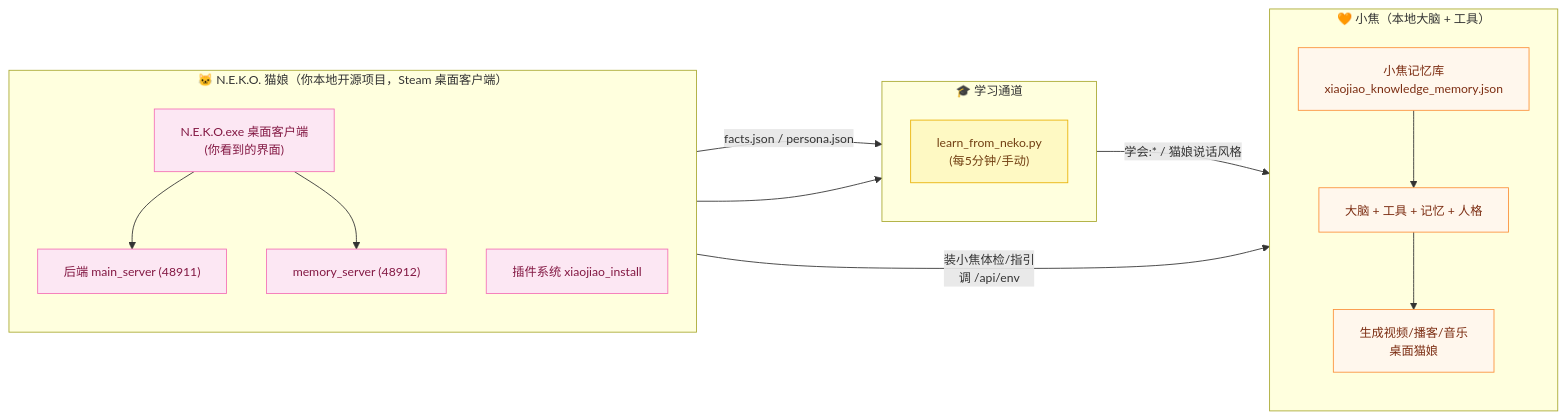
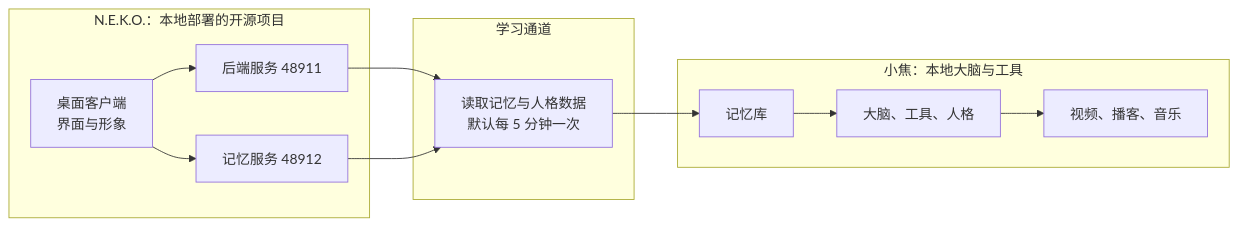
The sixth of 7 diagrams in README.md (jiangchuangege/xiaojiao-harnees), drawn with Mermaid before and after one commit. The commit also changed other lines of this file and 8 other files, not shown here.

````diff
--- a/README.md
+++ b/README.md
@@ -1039,38 +565,21 @@
 ```mermaid
-%%{init: {"themeVariables": {"fontSize": "14px"}, "flowchart": {"htmlLabels": true, "wrappingWidth": 320, "nodeSpacing": 46, "rankSpacing": 64, "useMaxWidth": true}}}%%
 flowchart LR
-    subgraph NEKO["🐱 N.E.K.O. 猫娘（你本地开源项目，Steam 桌面客户端）"]
-        direction TB
-        APP["N.E.K.O.exe 桌面客户端<br/>(你看到的界面)"]
-        MS["后端 main_server (48911)"]
-        MEM["memory_server (48912)"]
-        PLUG["插件系统 xiaojiao_install"]
-        APP --> MS & MEM
+    subgraph NEKO["N.E.K.O.：本地部署的开源项目"]
+        APP["桌面客户端<br/>界面与形象"]
+        MS["后端服务 48911"]
+        MEM["记忆服务 48912"]
+        APP --> MS
+        APP --> MEM
     end
-
-    subgraph LEARN["🎓 学习通道"]
-        direction TB
-        LF["learn_from_neko.py<br/>(每5分钟/手动)"]
+    subgraph LEARN["学习通道"]
+        LF["读取记忆与人格数据<br/>默认每 5 分钟一次"]
     end
-
-    subgraph XJ["🧡 小焦（本地大脑 + 工具）"]
-        direction TB
-        KNOW["小焦记忆库<br/>xiaojiao_knowledge_memory.json"]
-        BRAIN["大脑 + 工具 + 记忆 + 人格"]
-        GEN["生成视频/播客/音乐<br/>桌面猫娘"]
+    subgraph XJ["小焦：本地大脑与工具"]
+        KNOW["记忆库"]
+        BRAIN["大脑、工具、人格"]
+        GEN["视频、播客、音乐"]
     end
-
-    MS -->|"facts.json / persona.json"| LF
+    MS --> LF
     MEM --> LF
-    LF -->|"学会:* / 猫娘说话风格"| KNOW
-    KNOW --> BRAIN
-    BRAIN --> GEN
-    PLUG -->|"装小焦体检/指引<br/>调 /api/env"| BRAIN
-
-    classDef neko fill:#fce7f3,stroke:#f472b6,color:#831843;
-    classDef lrn fill:#fef9c3,stroke:#eab308,color:#713f12;
-    classDef xj fill:#fff7ed,stroke:#fb923c,color:#7c2d12;
-    class APP,MS,MEM,PLUG neko;
-    class LF lrn;
-    class KNOW,BRAIN,GEN xj;
+    LF --> KNOW --> BRAIN --> GEN
 ```
````
